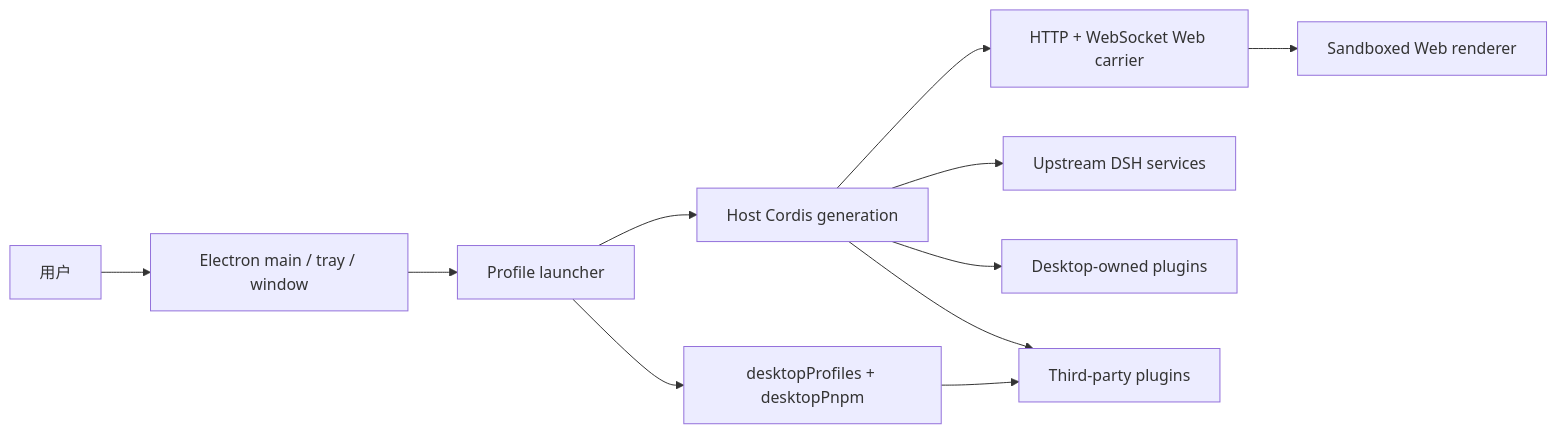
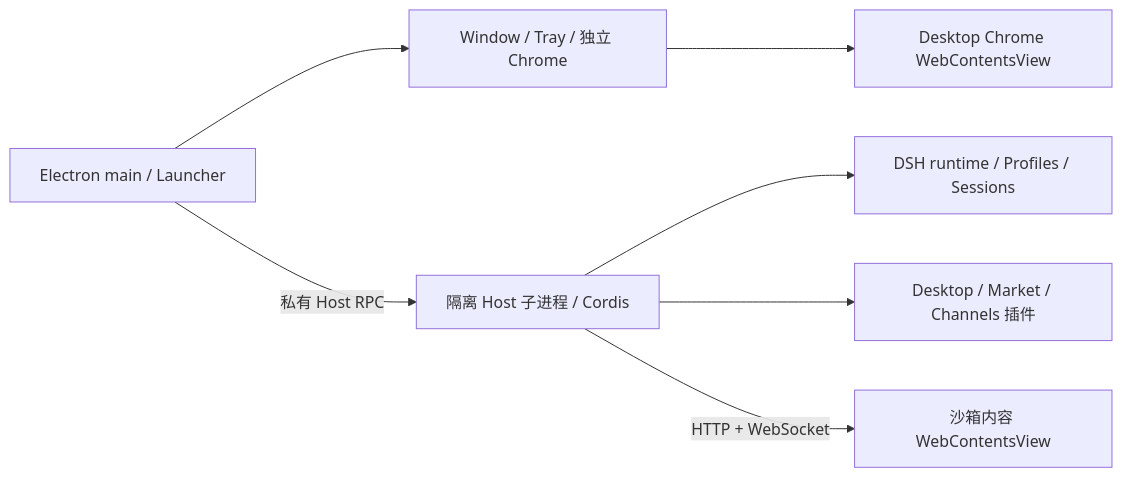
The diagram in docs/architecture.md (AngusFan-GH/ClawClaw), drawn with Mermaid before and after one commit. The commit also changed other lines of this file and 49 other files, not shown here.

````diff
--- a/docs/architecture.md
+++ b/docs/architecture.md
@@ -7,13 +9,9 @@
 ```mermaid
 flowchart LR
-  User[用户] --> Native[Electron main / tray / window]
-  Native --> Launcher[Profile launcher]
-  Launcher --> Host[Host Cordis generation]
-  Host --> Carrier[HTTP + WebSocket Web carrier]
-  Carrier --> Renderer[Sandboxed Web renderer]
-  Host --> Upstream[Upstream DSH services]
-  Host --> Desktop[Desktop-owned plugins]
-  Host --> ThirdParty[Third-party plugins]
-  Launcher --> Services[desktopProfiles + desktopPnpm]
-  Services --> ThirdParty
+  Main[Electron main / Launcher] --> Native[Window / Tray / 独立 Chrome]
+  Main -->|私有 Host RPC| Host[隔离 Host 子进程 / Cordis]
+  Host --> DSH[DSH runtime / Profiles / Sessions]
+  Host --> Plugins[Desktop / Market / Channels 插件]
+  Host -->|HTTP + WebSocket| Content[沙箱内容 WebContentsView]
+  Native --> Frame[Desktop Chrome WebContentsView]
 ```
````
